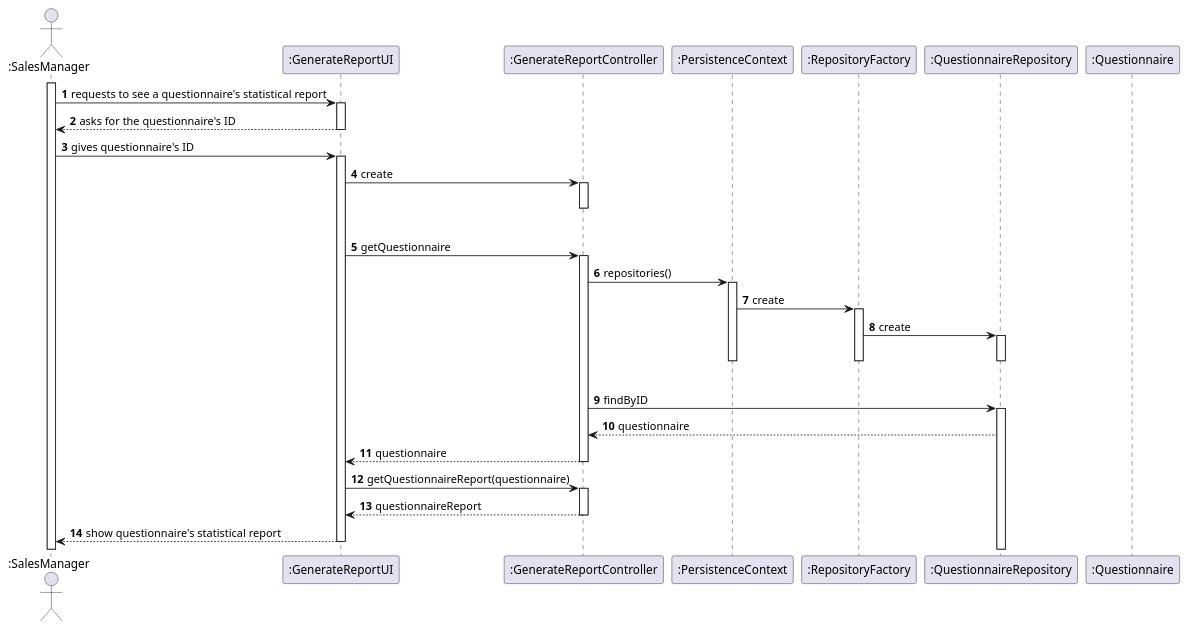
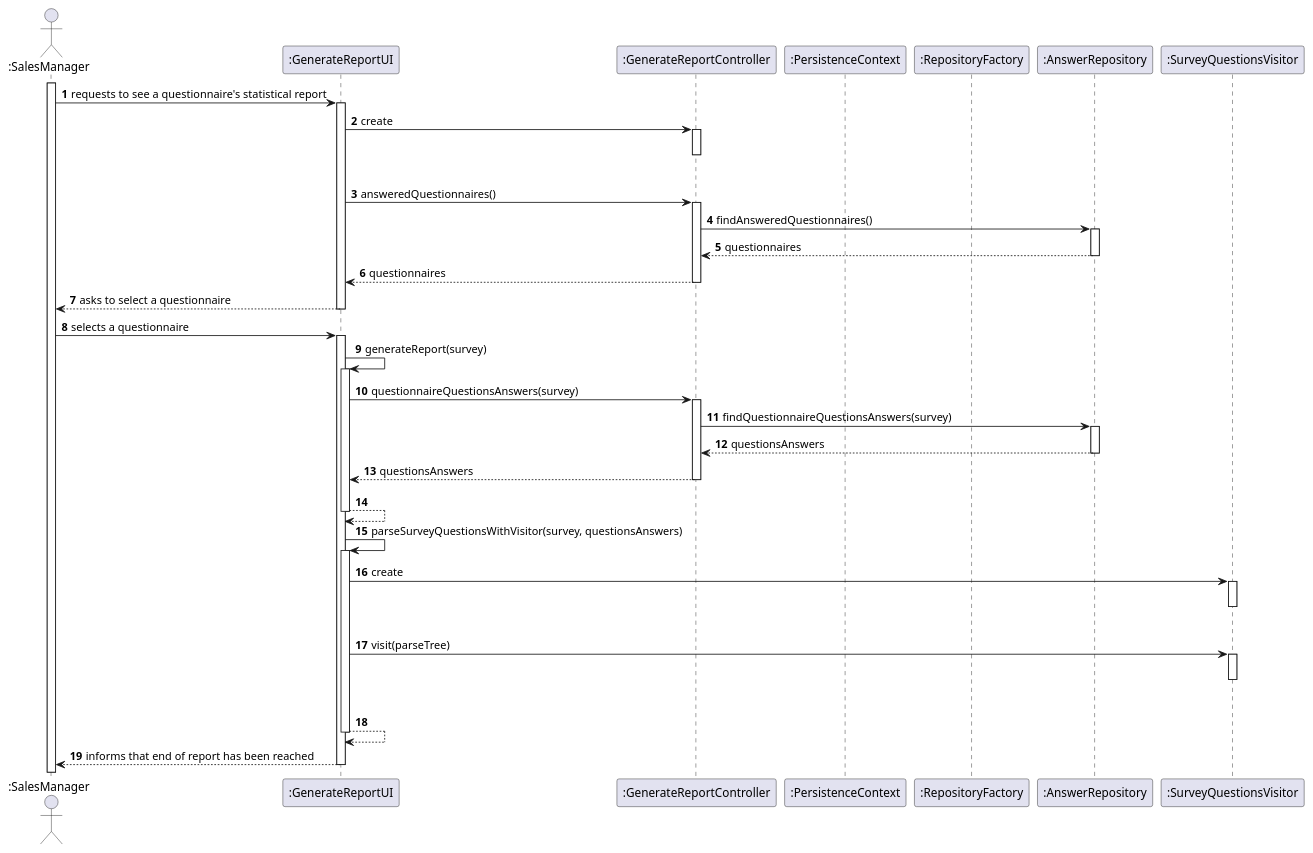
Before and after one commit to ana-albergaria/LAPR4-ISEP: the diagram in docs/1181472 1201516 1201592/US3002/US_3002_SD.puml, drawn with PlantUML. The commit also changed 6 other files, not shown here.

```diff
--- a/docs/1181472 1201516 1201592/US3002/US_3002_SD.puml
+++ b/docs/1181472 1201516 1201592/US3002/US_3002_SD.puml
@@ -1,51 +1,61 @@
 @startuml
 'https://plantuml.com/sequence-diagram
 
 autonumber
 
 Actor ":SalesManager" as SM
 participant ":GenerateReportUI" as UI
 participant ":GenerateReportController" as CTRL
 participant ":PersistenceContext" as Persistance
 participant ":RepositoryFactory" as Factory
-participant ":QuestionnaireRepository" as QuesRep
-participant ":Questionnaire" as Ques
+participant ":AnswerRepository" as AnsRep
+participant ":SurveyQuestionsVisitor" as VIS
 
 activate SM
 SM -> UI : requests to see a questionnaire's statistical report
-activate UI
-UI --> SM : asks for the questionnaire's ID
-deactivate UI
-SM -> UI : gives questionnaire's ID
 activate UI
 UI -> CTRL : create
 activate CTRL
 |||
 deactivate CTRL
-UI -> CTRL : getQuestionnaire
+UI -> CTRL : answeredQuestionnaires()
 activate CTRL
-CTRL -> Persistance : repositories()
-activate Persistance
-Persistance -> Factory : create
-activate Factory
-Factory -> QuesRep : create
-activate QuesRep
+CTRL -> AnsRep : findAnsweredQuestionnaires()
+activate AnsRep
+AnsRep --> CTRL : questionnaires
+deactivate AnsRep
+CTRL --> UI : questionnaires
+deactivate CTRL
+UI --> SM : asks to select a questionnaire
+deactivate UI
+SM -> UI : selects a questionnaire
+activate UI
+UI -> UI : generateReport(survey)
+activate UI
+UI -> CTRL : questionnaireQuestionsAnswers(survey)
+activate CTRL
+CTRL -> AnsRep : findQuestionnaireQuestionsAnswers(survey)
+activate AnsRep
+AnsRep --> CTRL : questionsAnswers
+deactivate AnsRep
+CTRL --> UI : questionsAnswers
+deactivate CTRL
+UI --> UI
+deactivate UI
+UI -> UI : parseSurveyQuestionsWithVisitor(survey, questionsAnswers)
+activate UI
+UI -> VIS : create
+activate VIS
 |||
-deactivate QuesRep
-deactivate Factory
-deactivate Persistance
-CTRL -> QuesRep : findByID
-activate QuesRep
-QuesRep --> CTRL : questionnaire
-CTRL --> UI : questionnaire
-deactivate CTRL
-UI -> CTRL : getQuestionnaireReport(questionnaire)
-activate CTRL
-'NEED TO ADD THIS PART
-CTRL --> UI: questionnaireReport
-deactivate CTRL
-UI --> SM : show questionnaire's statistical report
+deactivate VIS
+UI -> VIS : visit(parseTree)
+activate VIS
+|||
+deactivate VIS
+UI --> UI
+deactivate UI
+UI --> SM : informs that end of report has been reached
 deactivate UI
 
 
 @enduml
```
